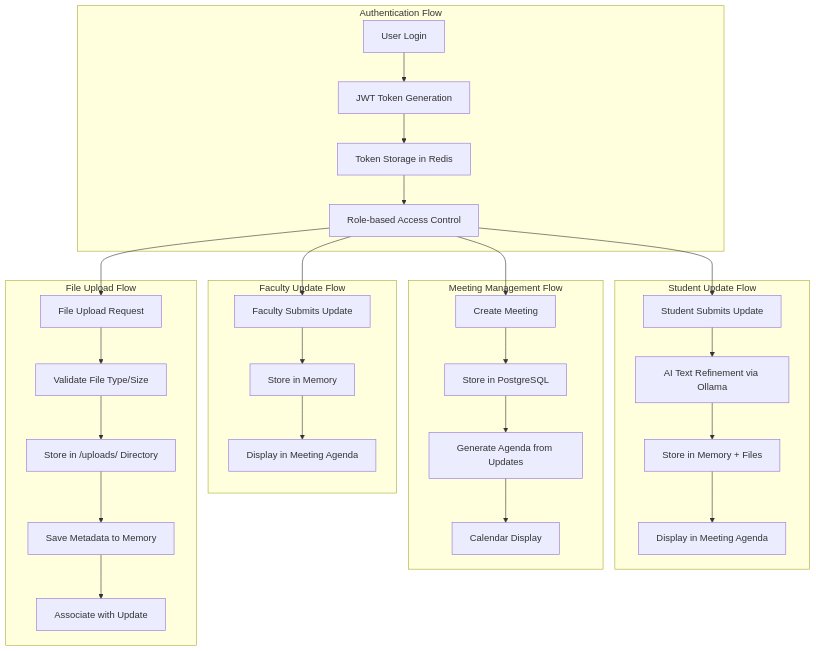
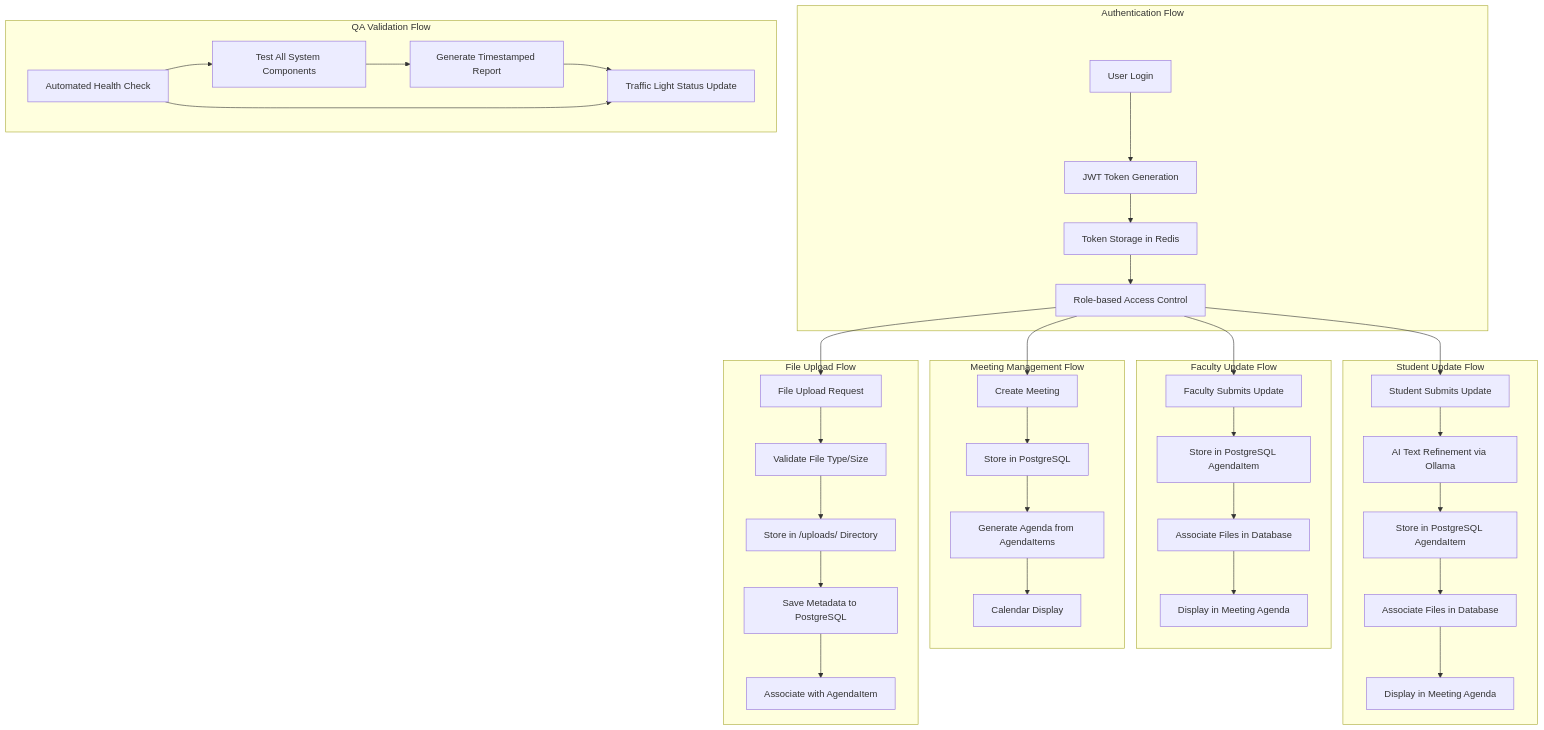
The second of 7 diagrams in docs/architecture-diagram.md (Ara-Alexandrian/DoR-Dash), drawn with Mermaid before and after one commit. The commit also changed other lines of this file and 12 other files, not shown here.

First line of the commit message:
fix: resolve faculty update file upload and date display issues

````diff
--- a/docs/architecture-diagram.md
+++ b/docs/architecture-diagram.md
@@ -55,37 +66,46 @@
 ```mermaid
 flowchart TD
     subgraph "Authentication Flow"
         A1[User Login] --> A2[JWT Token Generation]
         A2 --> A3[Token Storage in Redis]
         A3 --> A4[Role-based Access Control]
     end
 
     subgraph "Student Update Flow"
         S1[Student Submits Update] --> S2[AI Text Refinement via Ollama]
-        S2 --> S3[Store in Memory + Files]
-        S3 --> S4[Display in Meeting Agenda]
+        S2 --> S3[Store in PostgreSQL AgendaItem]
+        S3 --> S4[Associate Files in Database]
+        S4 --> S5[Display in Meeting Agenda]
     end
 
     subgraph "Faculty Update Flow"
-        F1[Faculty Submits Update] --> F2[Store in Memory]
-        F2 --> F3[Display in Meeting Agenda]
+        F1[Faculty Submits Update] --> F2[Store in PostgreSQL AgendaItem]
+        F2 --> F3[Associate Files in Database]
+        F3 --> F4[Display in Meeting Agenda]
     end
 
     subgraph "Meeting Management Flow"
         M1[Create Meeting] --> M2[Store in PostgreSQL]
-        M2 --> M3[Generate Agenda from Updates]
+        M2 --> M3[Generate Agenda from AgendaItems]
         M3 --> M4[Calendar Display]
     end
 
     subgraph "File Upload Flow"
         U1[File Upload Request] --> U2[Validate File Type/Size]
         U2 --> U3[Store in /uploads/ Directory]
-        U3 --> U4[Save Metadata to Memory]
-        U4 --> U5[Associate with Update]
+        U3 --> U4[Save Metadata to PostgreSQL]
+        U4 --> U5[Associate with AgendaItem]
+    end
+
+    subgraph "QA Validation Flow"
+        Q1[Automated Health Check] --> Q2[Test All System Components]
+        Q2 --> Q3[Generate Timestamped Report]
+        Q3 --> Q4[Traffic Light Status Update]
     end
 
     A4 --> S1
     A4 --> F1
     A4 --> M1
     A4 --> U1
+    Q1 --> Q4
 ```
````
